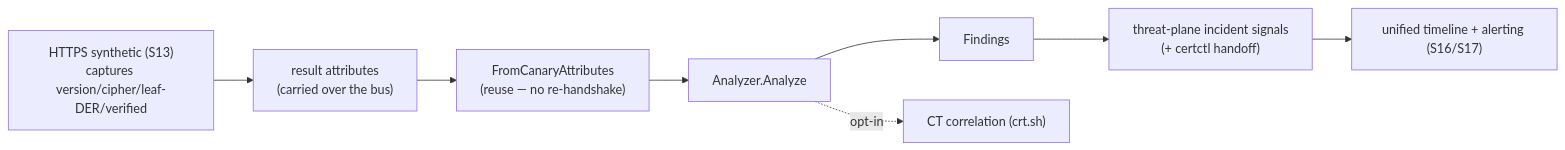
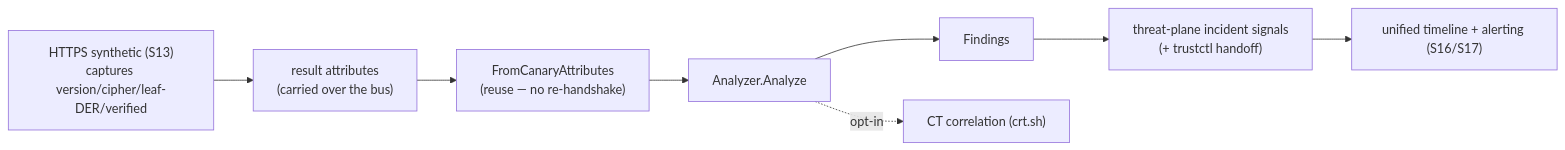
The diagram in docs/tls-observability.md (ctlplne/probectl), drawn with Mermaid before and after one commit. The commit also changed other lines of this file and 18 other files, not shown here.

First line of the commit message:
chore: rebrand certctl sibling product to trustctl

````diff
--- a/docs/tls-observability.md
+++ b/docs/tls-observability.md
@@ -10,10 +10,10 @@
 ```mermaid
 flowchart LR
   C["HTTPS synthetic (S13)<br/>captures version/cipher/leaf-DER/verified"] --> R["result attributes<br/>(carried over the bus)"]
   R --> O["FromCanaryAttributes<br/>(reuse — no re-handshake)"]
   O --> A["Analyzer.Analyze"]
   A --> F["Findings"]
   A -. opt-in .-> CT["CT correlation (crt.sh)"]
-  F --> S["threat-plane incident signals<br/>(+ certctl handoff)"]
+  F --> S["threat-plane incident signals<br/>(+ trustctl handoff)"]
   S --> I["unified timeline + alerting (S16/S17)"]
 ```
````
